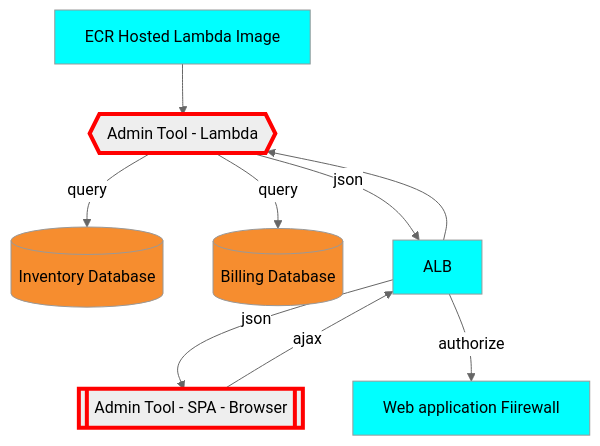
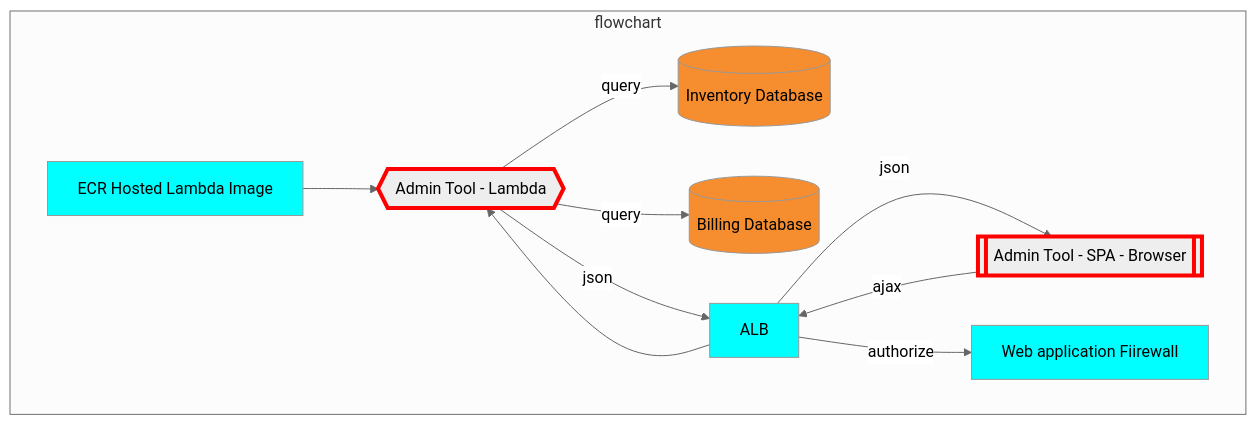
The diagram in diagrams/admin-lambda.mmd (CDLUC3/mrt-doc), drawn with Mermaid before and after one commit. The commit also changed 34 other files, not shown here.

```diff
--- a/diagrams/admin-lambda.mmd
+++ b/diagrams/admin-lambda.mmd
@@ -1,25 +1,27 @@
 %%{init: {'theme': 'neutral'}}%%
 graph TD
   RDSINV[(Inventory Database)]
   RDSBILL[(Billing Database)]
   ADMIN{{Admin Tool - Lambda}}
   ADMINWEB[[Admin Tool - SPA - Browser]]
   WAF[Web application Fiirewall]
   ECR[ECR Hosted Lambda Image]
 
-  ADMIN --> |query| RDSBILL
-  ADMIN --> |query| RDSINV
-  ALB --> ADMIN
-  ADMIN --> |json| ALB
-  ADMINWEB --> |ajax| ALB
-  ALB --> |json| ADMINWEB
-  ALB --> |authorize| WAF
-  ECR --> ADMIN
+  subgraph flowchart
+    ADMIN --> |query| RDSBILL
+    ADMIN --> |query| RDSINV
+    ALB --> ADMIN
+    ADMIN --> |json| ALB
+    ADMINWEB --> |ajax| ALB
+    ALB --> |json| ADMINWEB
+    ALB --> |authorize| WAF
+    ECR --> ADMIN
+  end
 
   style RDSINV fill:#F68D2F
   style RDSBILL fill:#F68D2F
   style ADMIN stroke:red,stroke-width:4px
   style ADMINWEB stroke:red,stroke-width:4px
   style ALB fill:cyan
   style WAF fill:cyan
   style ECR fill:cyan
```
